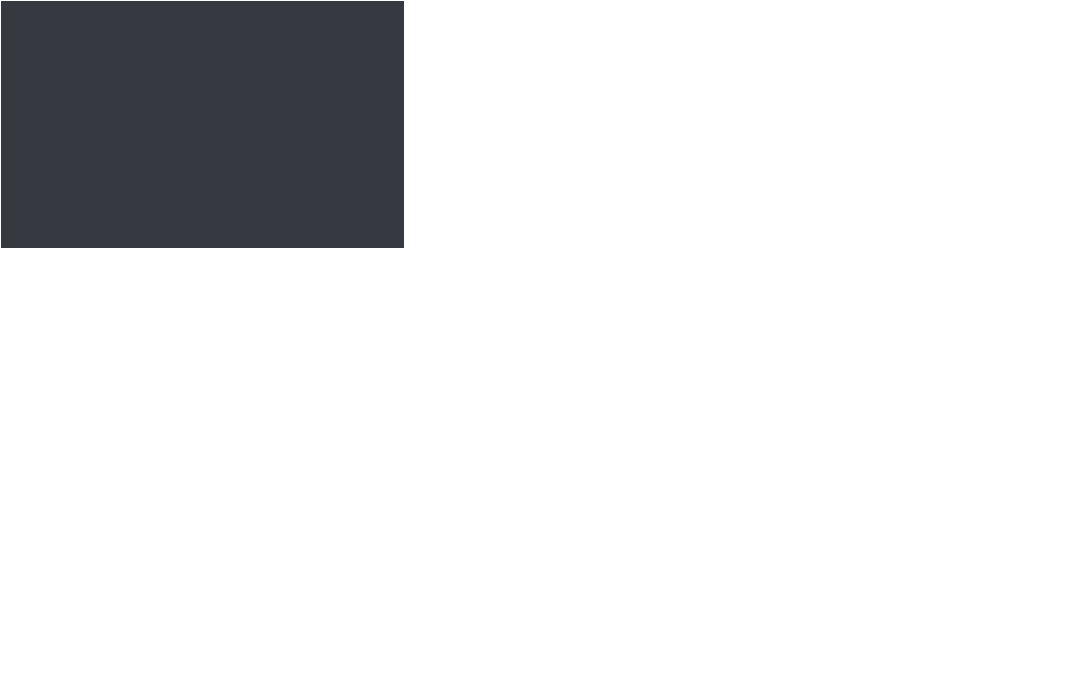
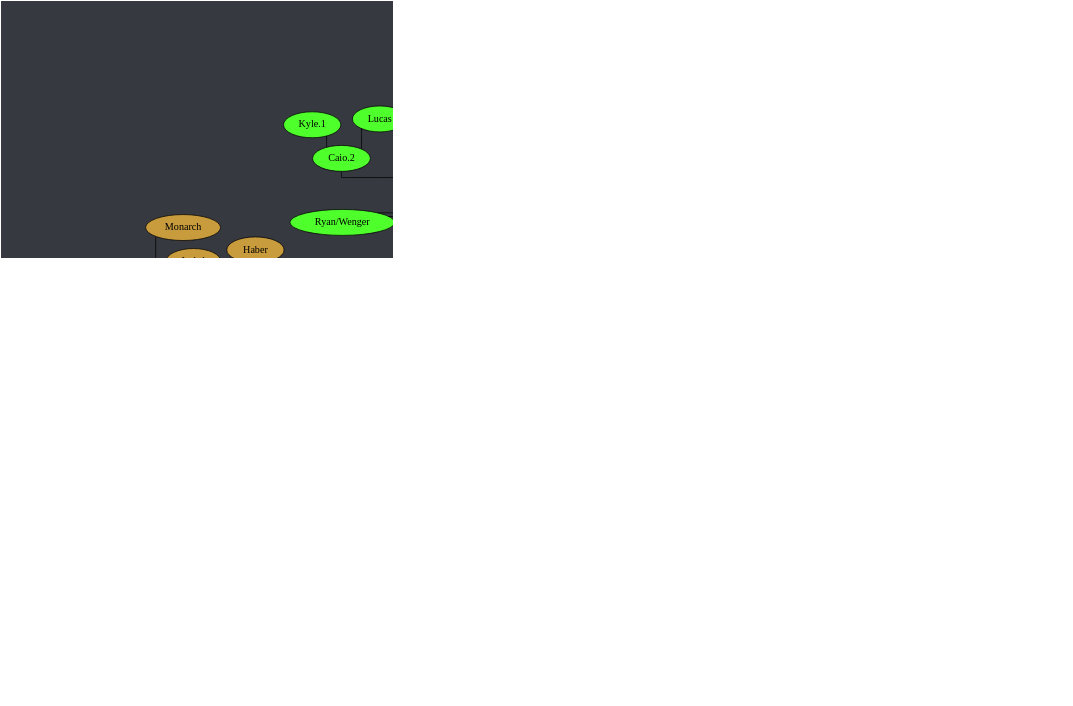
The diagram in tree.dot (Documidas/CoronaCatzFamilyTree), drawn with Graphviz before and after one commit. The commit also changed 1 other file, not shown here.

Commit message:
Add Andrew/Spook

```diff
--- a/tree.dot
+++ b/tree.dot
@@ -1,176 +1,177 @@
 strict graph {
 	// Layout Configuration
 	layout = neato;
 	dpi = 200;
 	epsilon = 0.01;
 	mode = major;
 	model = subset;
 	overlap = false;
 	splines = ortho;
 	start = rand;
 
 	// Visual Configuration
 	graph [ truecolor=true bgcolor="#36393f" ];
 	node [ style=filled fillcolor="gray" fontcolor="black" ];
 
 	subgraph "Joel" {
 		node [ style=filled fillcolor="firebrick4" fontcolor="white" ];
 		Joel [ style=filled fillcolor="gold" fontcolor="black" ];
 
 		Cayla -- "Ali.1";
 		Cayla -- Jonathan;
 		Cayla -- Kate;
 		Cayla -- Ranger;
 		Joel -- Anders;
 		Joel -- Cayla;
 		Joel -- Conner;
 		Joel -- Jared;
 		Joel -- Kat;
 		Joel -- Patrick;
 		Joel -- Steven;
 	}
 
 	subgraph "Anders" {
 		node [ style=filled fillcolor="green4" fontcolor="white" ];
 		// Anders [ style=filled fillcolor="green4" fontcolor="white" ];
 
 		Anders -- Chiara;
 		Anders -- Cody;
 		Anders -- Daniel;
 		Anders -- Derek;
 		Anders -- DJ;
 		Anders -- Hahnur;
 		Anders -- Jen;
 		Anders -- "Matt.2";
 		Anders -- Solis;
 		Anders -- Will;
 		Anders -- Wyatt;
 		Anders -- Zach;
 	}
 
 	subgraph "Jared" {
 		node [ style=filled fillcolor="royalblue" fontcolor="black" ];
 		// Jared [ style=filled fillcolor="royalblue" fontcolor="black" ];
 
 		Andrew -- Hannah;
 		Cole -- "Shadia/SJ";
 		Donnie -- Bianca;
 		Donnie -- Bryan;
 		Donnie -- Troy;
 		Greg -- "Ali.2";
 		Greg -- Andrew;
 		Greg -- Carter;
 		Greg -- "John Boi";
 		Greg -- Tails;
 		Greg -- Tanyon;
 		Hannah -- Raana;
 		Jared -- Brandi;
 		Jared -- Dave;
 		Jared -- Donnie;
 		Jared -- Fabi;
 		Jared -- "Jack.2";
 		Jared -- Cole;
 		Jared -- Kamon;
 		Jared -- Greg;
 		Jared -- Isabelle;
 		Jared -- Mason;
 		Jared -- "Matt.1";
 		Jared -- Mehmet;
 		Jared -- Nam;
 		Jared -- Pixie;
 		Jared -- Shannon;
 		Jared -- Spencer;
 		Jared -- Tyler;
 		Jared -- "Zach/Laniakea";
 		Jared -- Zoe;
 		"John Boi" -- Hardie;
 		"Shadia/SJ" -- Kalel;
 		"Shadia/SJ" -- Tommy;
 		Troy -- Drake;
 		Tyler -- Gaby;
 		Zoe -- Brandon;
 	}
 
 	subgraph "Zach/Laniakea" {
 		node [ style=filled fillcolor="#4eff2c" fontcolor="black" ];
 		// "Zach/Laniakea" [ style=filled fillcolor="#4eff2c" fontcolor="black" ];
 
 		"Caio.2" -- "Kyle.1";
 		"Caio.2" -- Lucas;
+		Kuri -- "Andrew/Spook";
 		Kuri -- Jon;
 		Kuri -- Karma;
 		"Ryan/Wenger" -- Gracie;
 		"Zach/Laniakea" -- Allen;
 		"Zach/Laniakea" -- "Caio.2";
 		"Zach/Laniakea" -- Colin;
 		"Zach/Laniakea" -- John;
 		"Zach/Laniakea" -- Logan;
 		"Zach/Laniakea" -- Kevin;
 		"Zach/Laniakea" -- Kuri;
 		"Zach/Laniakea" -- "Kyle.0";
 		"Zach/Laniakea" -- Mike;
 		"Zach/Laniakea" -- "Ryan/Wenger";
 		"Zach/Laniakea" -- "Ukko";
 	}
 
 	subgraph "John" {
 		node [ style=filled fillcolor="#c89b3c" fontcolor="black" ];
 		// John [ style=filled fillcolor="#c89b3c" fontcolor="black" ];
 
 		John -- Anna;
 		John -- Emily;
 		John -- Haber;
 		John -- Jay;
 		John -- "Jack.1";
 		John -- Lara;
 		John -- Monarch;
 		John -- Thomas;
 	}
 
 	subgraph "John-stream" {
 		// node [ style=filled fillcolor="#9147ff" fontcolor="black" ];
 		node [ style=filled fillcolor="#c89b3c" fontcolor="black" ];
 
 		John -- "Michael/Wheezy";
 	}
 
 	subgraph "Thomas" {
 		node [ style=filled fillcolor="#b04900" fontcolor="black" ];
 		// Thomas [ style=filled fillcolor="#b04900" fontcolor="black" ];
 
 		Thomas -- Alex;
 		Thomas -- Bob;
 		Thomas -- Dre;
 		Thomas -- JD;
 		Thomas -- Josh;
 		Thomas -- Juan;
 		Thomas -- Taylor;
 		Thomas -- Tony;
 		Thomas -- Travis;
 	}
 
 	subgraph "Alex" {
 		node [ style=filled fillcolor="#6f2da8" fontcolor="white" ];
 		// Alex [ style=filled fillcolor="#6f2da8" fontcolor="black" ];
 
 		Alex -- "Alex/Blitt";
 		Alex -- "Da'Von";
 		Alex -- Sam;
 		"Alex/Blitt" -- Alan;
 		"Alex/Blitt" -- "Alex the 3rd";
 		"Alex/Blitt" -- Brian;
 		"Alex/Blitt" -- Carlos;
 		"Alex/Blitt" -- Chris;
 		"Alex/Blitt" -- Gabriel;
 		"Alex/Blitt" -- "Kyle.3";
 		"Alex/Blitt" -- Laske;
 		"Alex/Blitt" -- Mikael;
 		"Alex/Blitt" -- "Ryan.1";
 		"Alex/Blitt" -- "Sam.2";
 		"Da'Von" -- Dalton;
 		"Da'Von" -- Zeller;
 		Dalton -- Graysen;
 		Gabriel -- "Ryan.2";
 		Zeller -- Sierra;
 	}
 }
```
